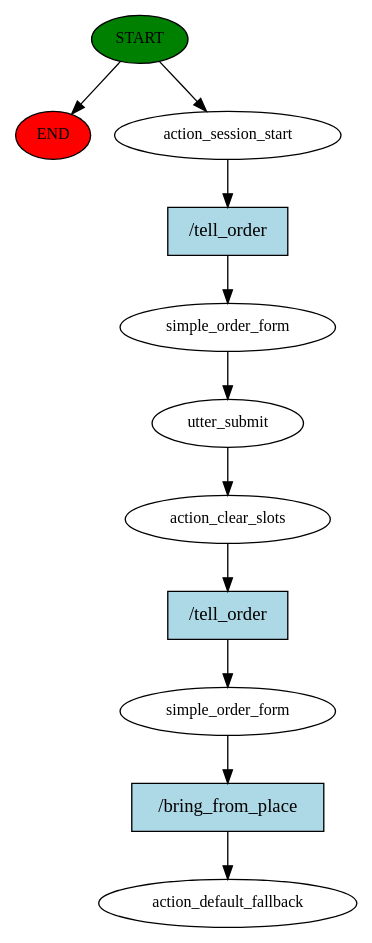
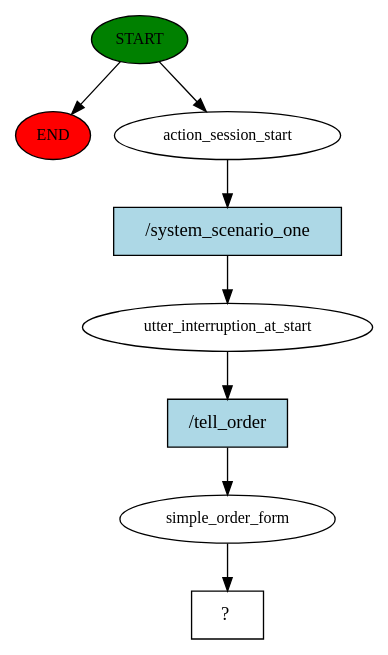
One commit to NadaAweaa/lets_make_lucy_talk changed the diagram in mdr_rasa/models/cocktail_party_Regex/story_graph.dot. Above: the diagram before and after it, drawn with Graphviz. The commit also changed 8 other files, not shown here.

```diff
--- a/mdr_rasa/models/cocktail_party_Regex/story_graph.dot
+++ b/mdr_rasa/models/cocktail_party_Regex/story_graph.dot
@@ -1,23 +1,17 @@
 digraph  {
 0 [class="start active", fillcolor=green, fontsize=12, label=START, style=filled];
 "-1" [class=end, fillcolor=red, fontsize=12, label=END, style=filled];
 1 [class=active, fontsize=12, label=action_session_start];
-2 [class=active, fontsize=12, label=simple_order_form];
-3 [class=active, fontsize=12, label=utter_submit];
-4 [class=active, fontsize=12, label=action_clear_slots];
-5 [class=active, fontsize=12, label=simple_order_form];
-6 [class="dashed active", fontsize=12, label=action_default_fallback];
-7 [class="intent active", fillcolor=lightblue, label="/tell_order", shape=rect, style=filled];
-8 [class="intent active", fillcolor=lightblue, label="/tell_order", shape=rect, style=filled];
-9 [class="intent active", fillcolor=lightblue, label="/bring_from_place", shape=rect, style=filled];
+2 [class=active, fontsize=12, label=utter_interruption_at_start];
+3 [class=active, fontsize=12, label=simple_order_form];
+4 [class="intent dashed active", label="  ?  ", shape=rect];
+5 [class="intent active", fillcolor=lightblue, label="/system_scenario_one", shape=rect, style=filled];
+6 [class="intent active", fillcolor=lightblue, label="/tell_order", shape=rect, style=filled];
 0 -> "-1"  [class="", key=NONE, label=""];
 0 -> 1  [class=active, key=NONE, label=""];
-1 -> 7  [class=active, key=0];
-2 -> 3  [class=active, key=NONE, label=""];
+1 -> 5  [class=active, key=0];
+2 -> 6  [class=active, key=0];
 3 -> 4  [class=active, key=NONE, label=""];
-4 -> 8  [class=active, key=0];
-5 -> 9  [class=active, key=0];
-7 -> 2  [class=active, key=0];
-8 -> 5  [class=active, key=0];
-9 -> 6  [class=active, key=0];
+5 -> 2  [class=active, key=0];
+6 -> 3  [class=active, key=0];
 }
```
